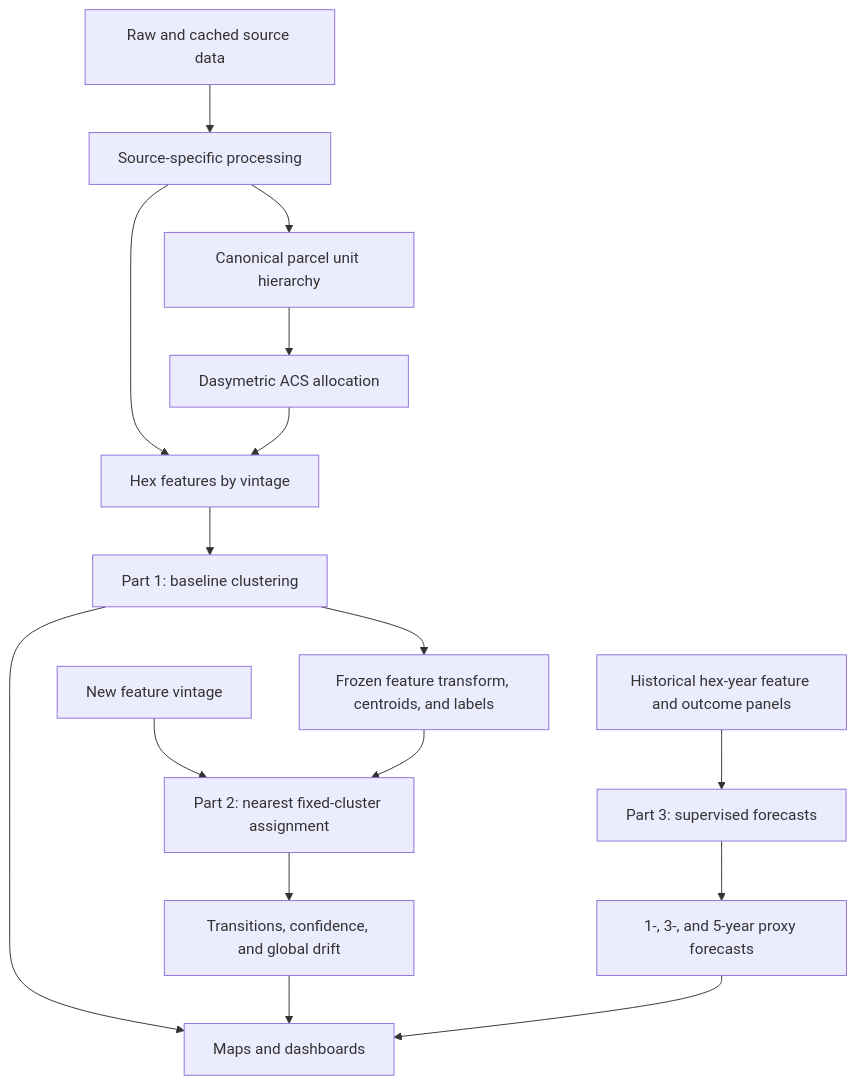
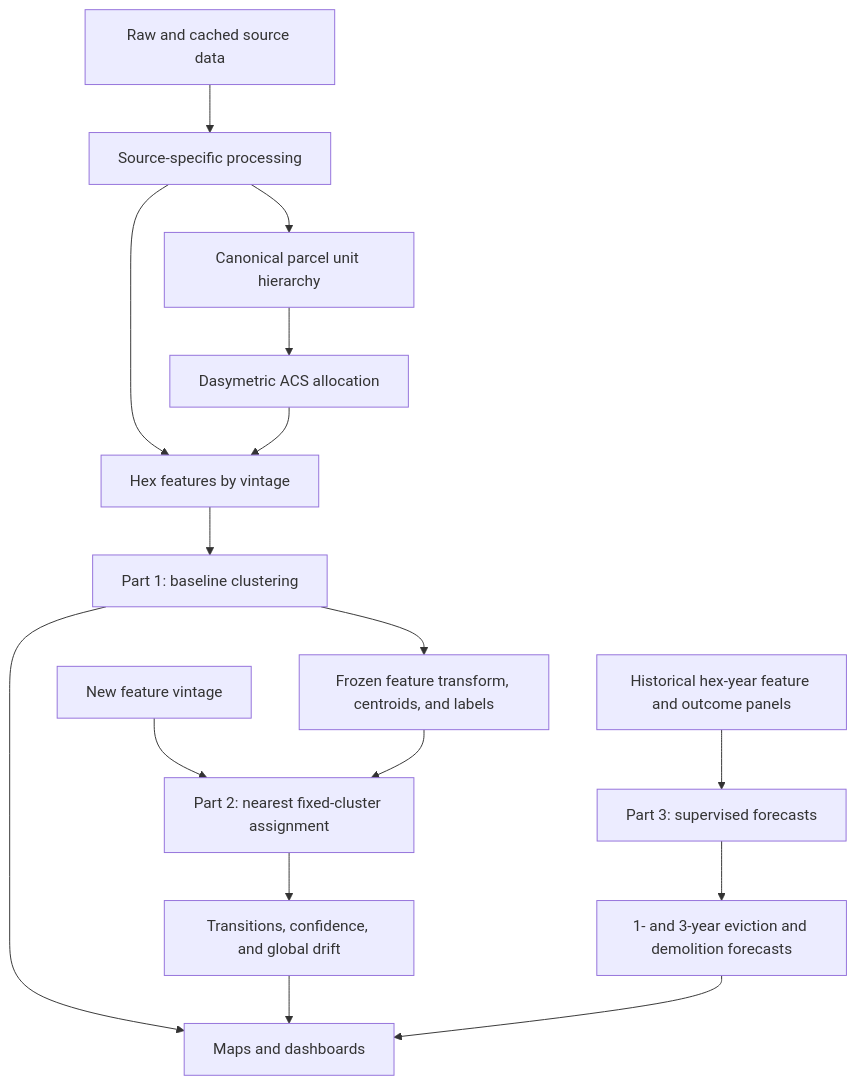
The diagram in docs/methods/analytical-workflow.md (aakarner/coa-displacement-ews), drawn with Mermaid before and after one commit. The commit also changed other lines of this file and 153 other files, not shown here.

````diff
--- a/docs/methods/analytical-workflow.md
+++ b/docs/methods/analytical-workflow.md
@@ -5,22 +5,22 @@
 ```mermaid
 flowchart TD
   raw["Raw and cached source data"] --> streams["Source-specific processing"]
   streams --> units["Canonical parcel unit hierarchy"]
   units --> acs["Dasymetric ACS allocation"]
   streams --> features["Hex features by vintage"]
   acs --> features
 
   features --> p1["Part 1: baseline clustering"]
   p1 --> frozen["Frozen feature transform, centroids, and labels"]
 
   future["New feature vintage"] --> p2["Part 2: nearest fixed-cluster assignment"]
   frozen --> p2
   p2 --> transitions["Transitions, confidence, and global drift"]
 
   panels["Historical hex-year feature and outcome panels"] --> p3["Part 3: supervised forecasts"]
-  p3 --> forecasts["1-, 3-, and 5-year proxy forecasts"]
+  p3 --> forecasts["1- and 3-year eviction and demolition forecasts"]
 
   p1 --> outputs["Maps and dashboards"]
   transitions --> outputs
   forecasts --> outputs
 ```
````
